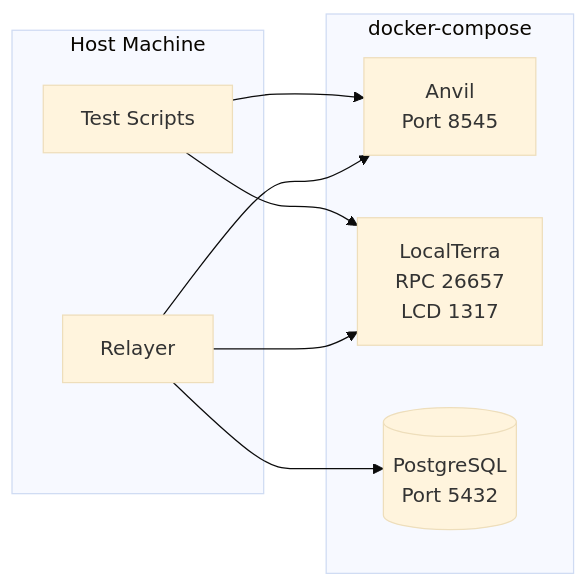
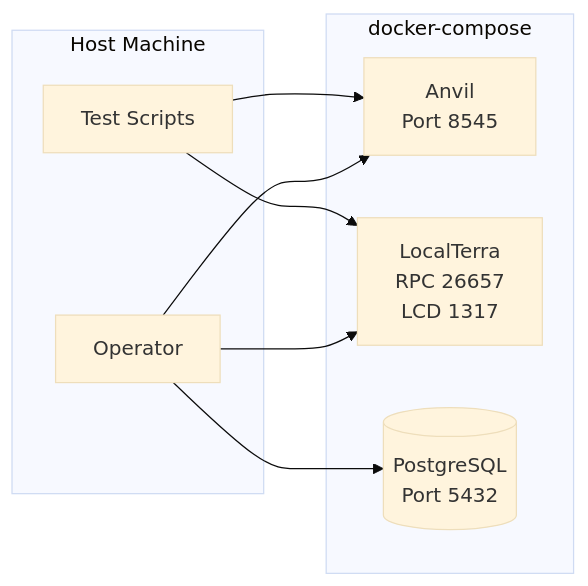
Before and after one commit to PlasticDigits/cl8y-bridge-monorepo: the diagram in docs/local-development.md, drawn with Mermaid (base theme). The commit also changed other lines of this file and 130 other files, not shown here.

````diff
--- a/docs/local-development.md
+++ b/docs/local-development.md
@@ -32,19 +32,19 @@
 ```mermaid
 flowchart LR
     subgraph Docker[docker-compose]
         Anvil[Anvil<br/>Port 8545]
         Terra[LocalTerra<br/>RPC 26657<br/>LCD 1317]
         Postgres[(PostgreSQL<br/>Port 5432)]
     end
 
     subgraph Host[Host Machine]
-        Relayer[Relayer]
+        Operator[Operator]
         Scripts[Test Scripts]
     end
 
-    Relayer --> Anvil
-    Relayer --> Terra
-    Relayer --> Postgres
+    Operator --> Anvil
+    Operator --> Terra
+    Operator --> Postgres
     Scripts --> Anvil
     Scripts --> Terra
 ```
````
